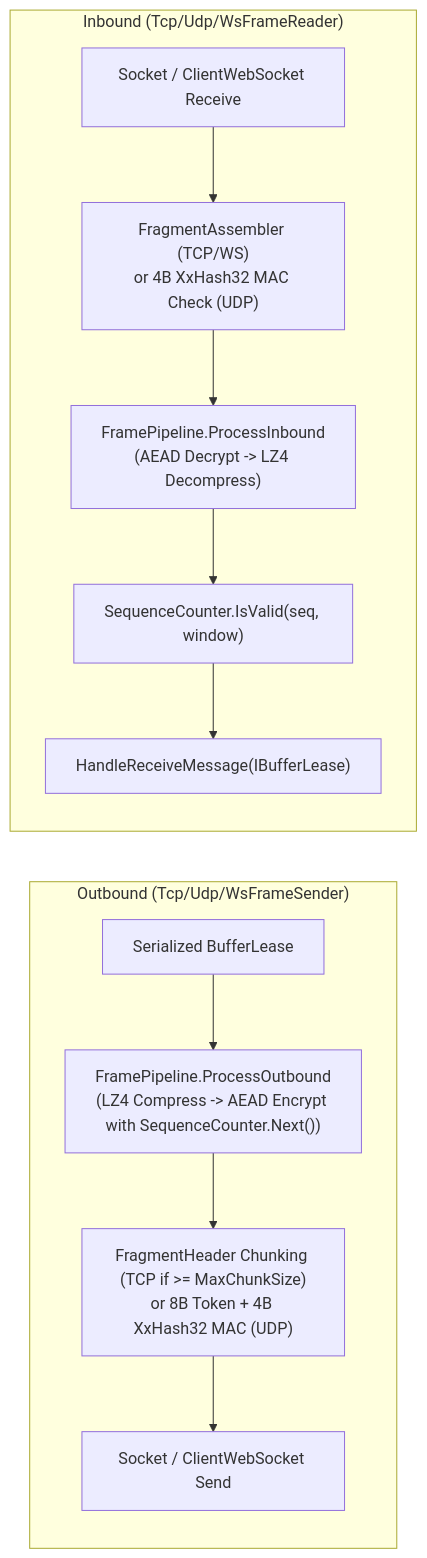
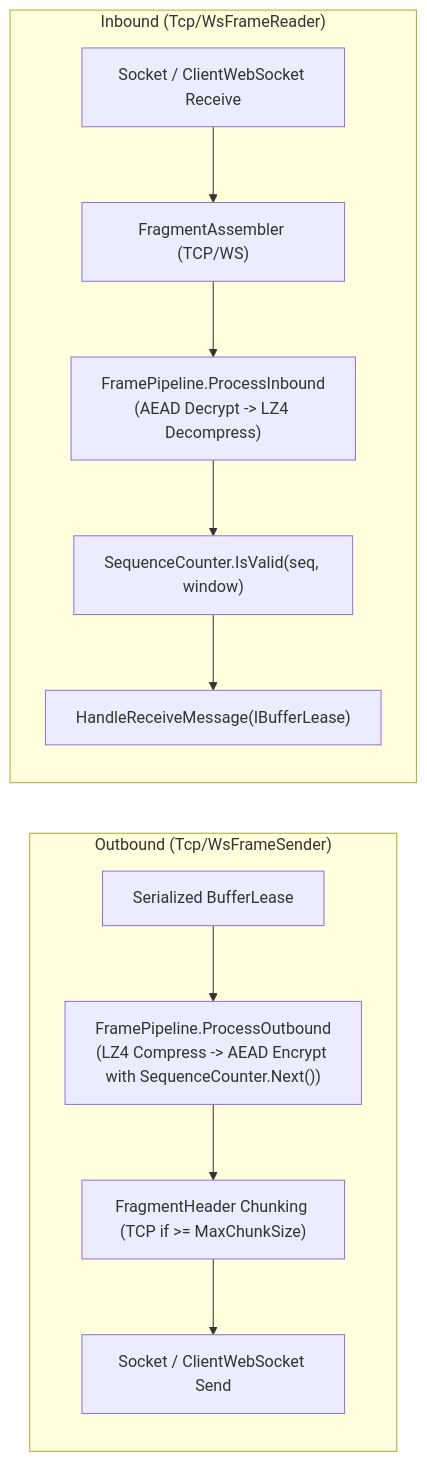
Before and after one commit to ppn-systems/nalix-docs: the diagram in src/content/docs/en-us/api/sdk/frame-reader-and-sender.md, drawn with Mermaid. The commit also changed other lines of this file and 257 other files, not shown here.

````diff
--- a/src/content/docs/en-us/api/sdk/frame-reader-and-sender.md
+++ b/src/content/docs/en-us/api/sdk/frame-reader-and-sender.md
@@ -37,15 +34,15 @@
 ```mermaid
 flowchart LR
-    subgraph Outbound["Outbound (Tcp/Udp/WsFrameSender)"]
+    subgraph Outbound["Outbound (Tcp/WsFrameSender)"]
         P1["Serialized BufferLease"] --> P2["FramePipeline.ProcessOutbound<br/>(LZ4 Compress -> AEAD Encrypt with SequenceCounter.Next())"]
-        P2 --> P3["FragmentHeader Chunking (TCP if >= MaxChunkSize)<br/>or 8B Token + 4B XxHash32 MAC (UDP)"]
+        P2 --> P3["FragmentHeader Chunking (TCP if >= MaxChunkSize)"]
         P3 --> P4["Socket / ClientWebSocket Send"]
     end
 
-    subgraph Inbound["Inbound (Tcp/Udp/WsFrameReader)"]
-        R1["Socket / ClientWebSocket Receive"] --> R2["FragmentAssembler (TCP/WS)<br/>or 4B XxHash32 MAC Check (UDP)"]
+    subgraph Inbound["Inbound (Tcp/WsFrameReader)"]
+        R1["Socket / ClientWebSocket Receive"] --> R2["FragmentAssembler (TCP/WS)"]
         R2 --> R3["FramePipeline.ProcessInbound<br/>(AEAD Decrypt -> LZ4 Decompress)"]
         R3 --> R4["SequenceCounter.IsValid(seq, window)"]
         R4 --> R5["HandleReceiveMessage(IBufferLease)"]
     end
 ```
````
